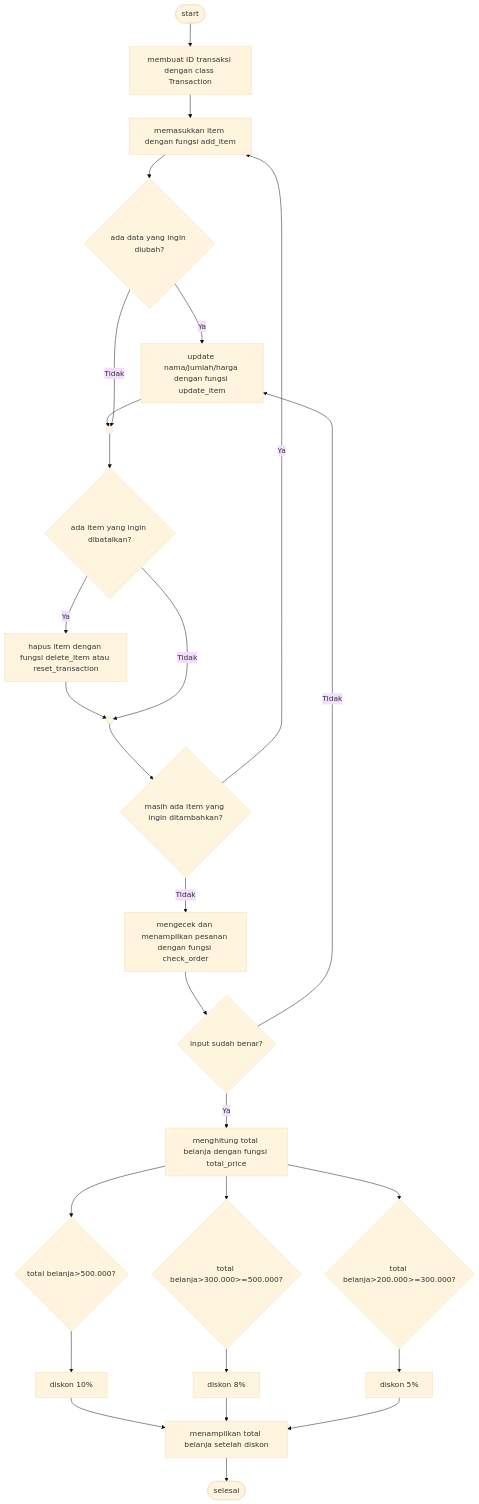
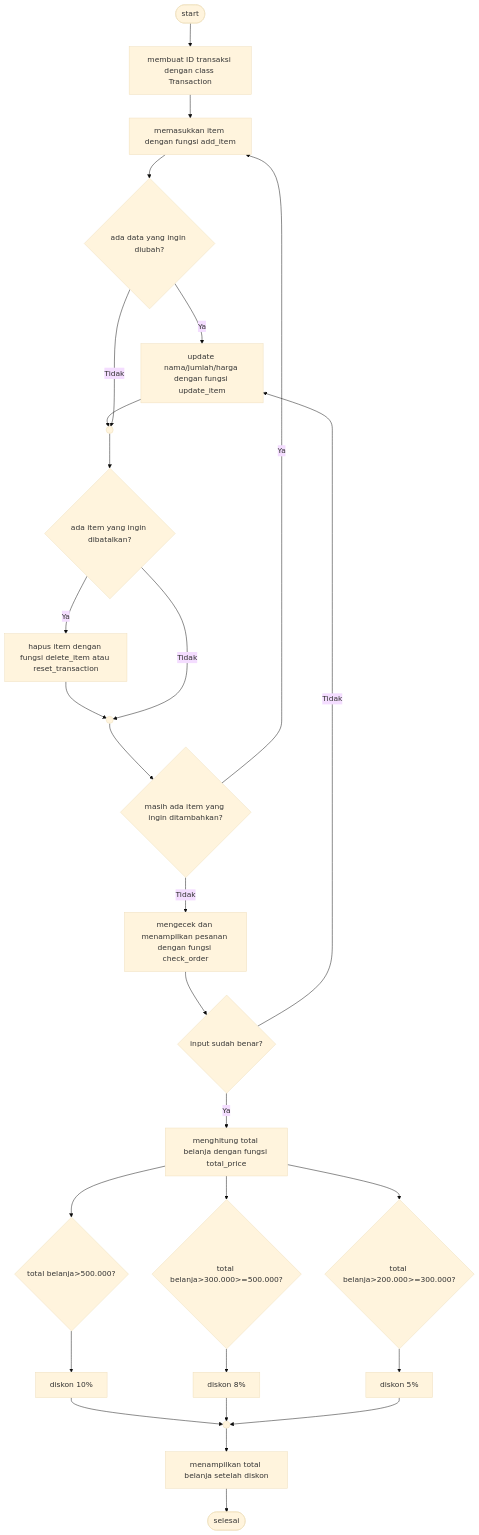
One commit to yudistiroadin/Pacmann.ai-PythonProject changed the diagram in README.md. Above: the diagram before and after it, drawn with Mermaid (base theme).

````diff
--- a/README.md
+++ b/README.md
@@ -29,29 +29,30 @@
 ```mermaid
 flowchart TD;
     A([start])-->B[membuat ID transaksi dengan class Transaction];
     B-->C[memasukkan item dengan fungsi add_item];
     C-->D{ada data yang ingin diubah?};
     D--Ya-->E[update nama/jumlah/harga dengan fungsi update_item];
     E-->T(( ));
     D--Tidak-->T;
     T-->F{ada item yang ingin dibatalkan?};
     F--Ya-->G[hapus item dengan fungsi delete_item atau reset_transaction];
     G-->U(( ));
     U-->H{masih ada item yang ingin ditambahkan?};
     F--Tidak-->U;
     H--Ya-->C;
     H--Tidak-->I[mengecek dan menampilkan pesanan dengan fungsi check_order];
     I-->J{input sudah benar?};
     J--Ya-->K[menghitung total belanja dengan fungsi total_price];
     J--Tidak-->E;
     K-->L{total belanja>500.000?};
     L-->M[diskon 10%];
-    M-->R;
+    M-->V(( ));
     K-->N{total belanja>300.000>=500.000?};
     N-->O[diskon 8%];
-    O-->R;
+    O-->V;
     K-->P{total belanja>200.000>=300.000?};
     P-->Q[diskon 5%];
-    Q-->R[menampilkan total belanja setelah diskon];
+    Q-->V
+    V-->R[menampilkan total belanja setelah diskon];
     R-->S([selesai]);
 ```
````
